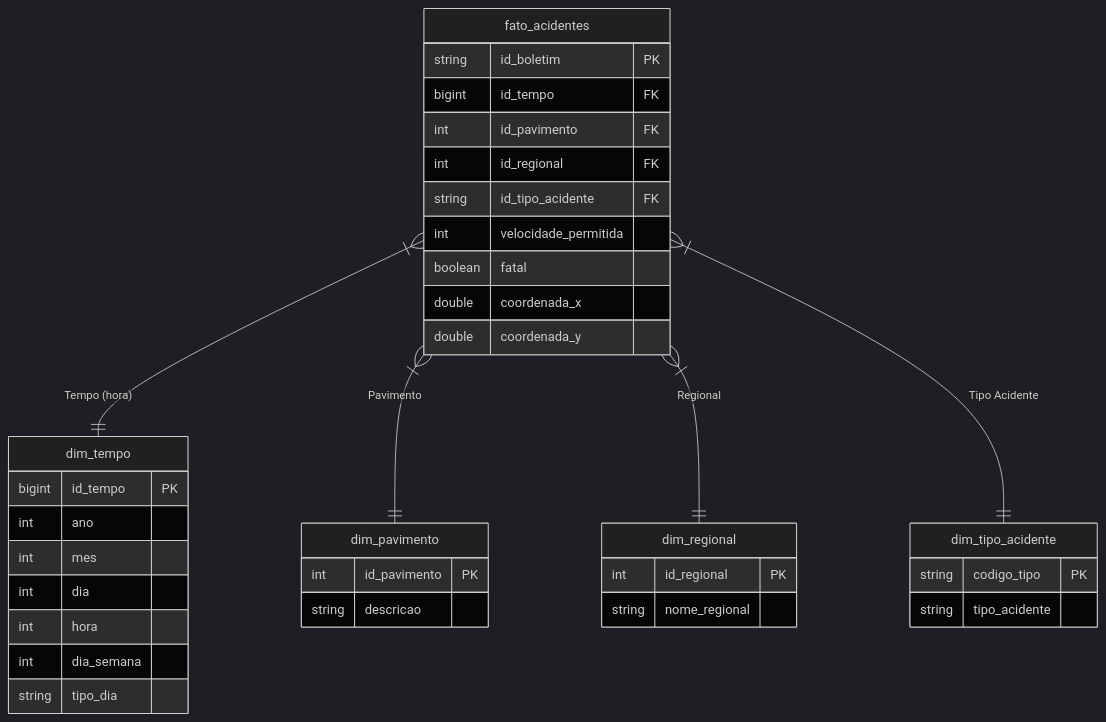
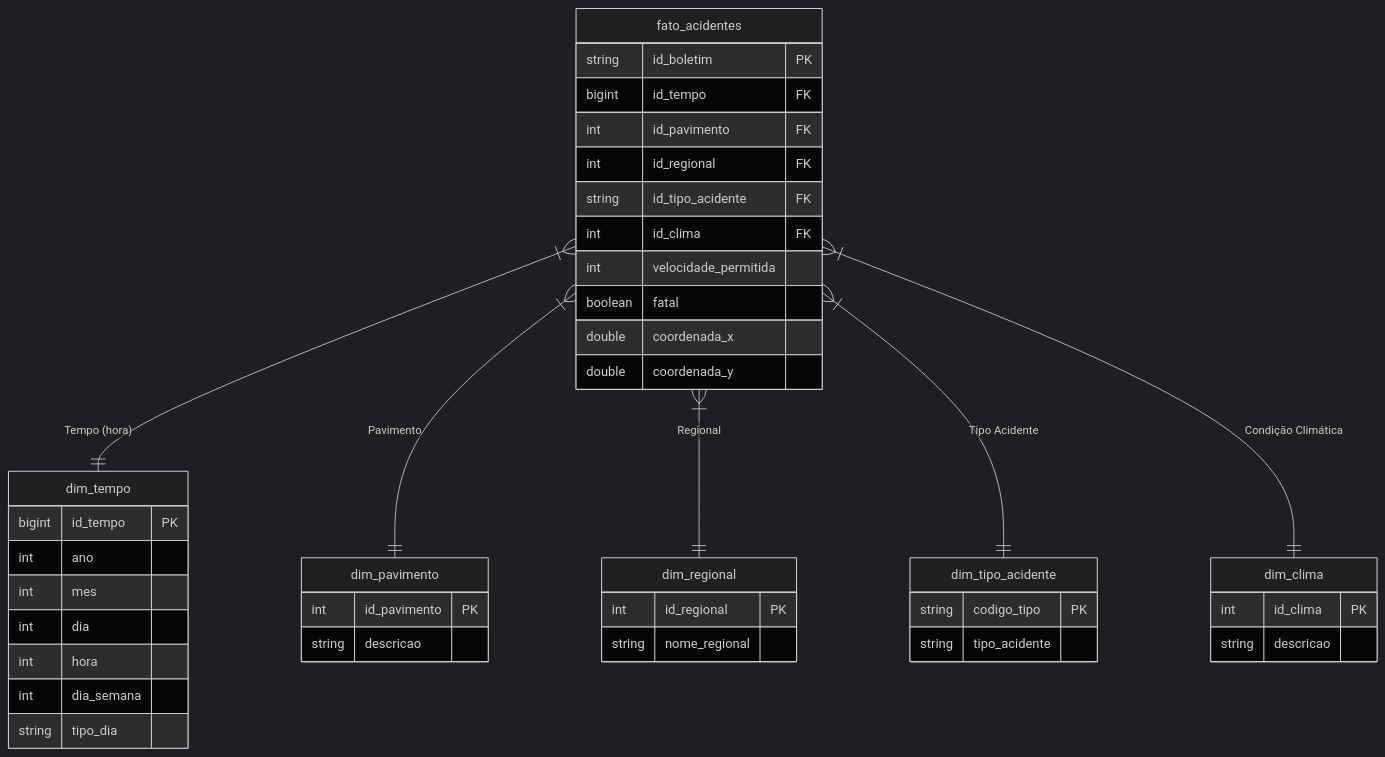
Before and after one commit to Lia13/MPV_Engenharia_de_Dados: the diagram in CATALOGO_DADOS.md, drawn with Mermaid (dark theme). The commit also changed other lines of this file, not shown here.

````diff
--- a/CATALOGO_DADOS.md
+++ b/CATALOGO_DADOS.md
@@ -63,44 +67,52 @@
 ```mermaid
 erDiagram
     fato_acidentes {
         string id_boletim PK
         bigint id_tempo FK
         int id_pavimento FK
         int id_regional FK
         string id_tipo_acidente FK
+        int id_clima FK
         int velocidade_permitida
         boolean fatal
         double coordenada_x
         double coordenada_y
     }
     
     dim_tempo {
         bigint id_tempo PK
         int ano
         int mes
         int dia
         int hora
         int dia_semana
         string tipo_dia
     }
     
     dim_pavimento {
         int id_pavimento PK
         string descricao
     }
     
     dim_regional {
         int id_regional PK
         string nome_regional
     }
     
     dim_tipo_acidente {
         string codigo_tipo PK
         string tipo_acidente
     }
 
+    dim_clima {
+        int id_clima PK
+        string descricao
+    }
+
     fato_acidentes }|--|| dim_tempo : "Tempo (hora)"
     fato_acidentes }|--|| dim_pavimento : "Pavimento"
     fato_acidentes }|--|| dim_regional : "Regional"
     fato_acidentes }|--|| dim_tipo_acidente : "Tipo Acidente"
+    fato_acidentes }|--|| dim_clima : "Condição Climática"
+
 ```
````
